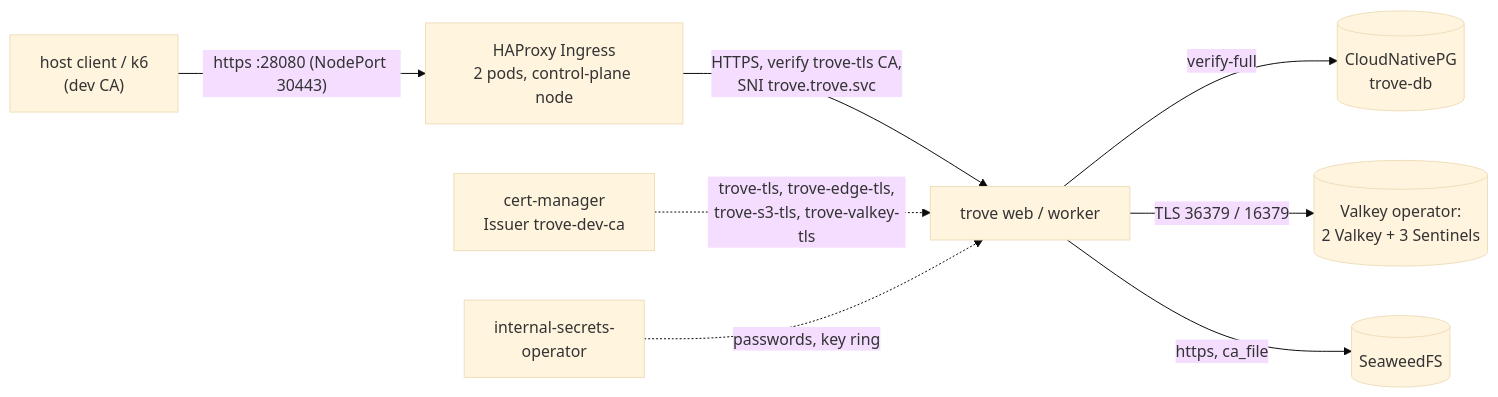
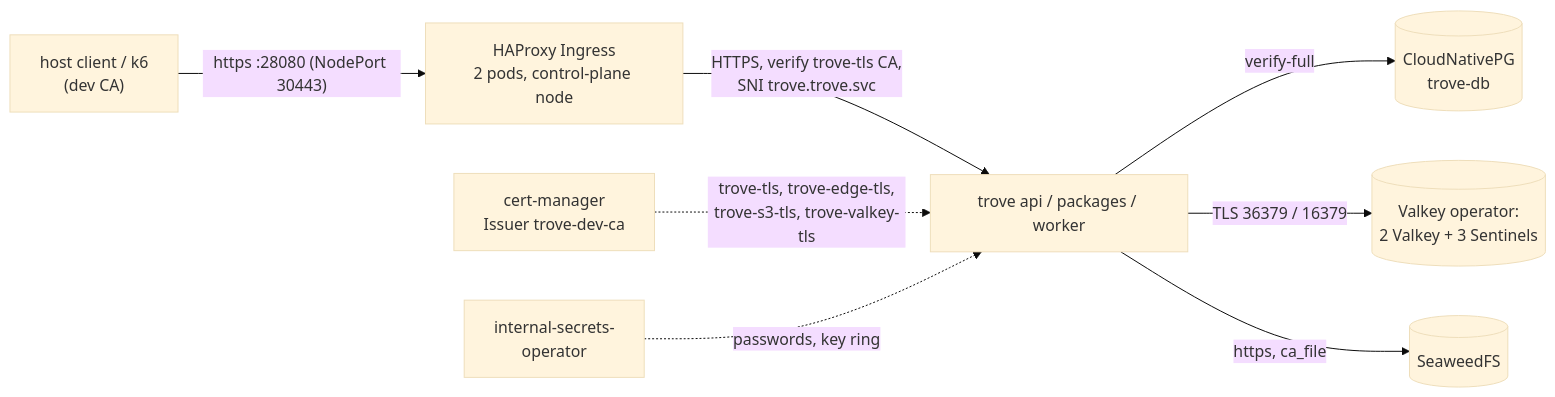
The diagram in docs/developer/local-profile.md (guided-traffic/trove), drawn with Mermaid (base theme) before and after one commit. The commit also changed other lines of this file and 63 other files, not shown here.

First line of the commit message:
test(e2e): the dev profile and the e2e suite run the roles api, packages and worker (R-HA-051, R-HA-059, WP6a.5)

````diff
--- a/docs/developer/local-profile.md
+++ b/docs/developer/local-profile.md
@@ -13,10 +13,10 @@
 ```mermaid
 flowchart LR
   host["host client / k6<br/>(dev CA)"] -- "https :28080 (NodePort 30443)" --> hap["HAProxy Ingress<br/>2 pods, control-plane node"]
-  hap -- "HTTPS, verify trove-tls CA,<br/>SNI trove.trove.svc" --> web["trove web / worker"]
+  hap -- "HTTPS, verify trove-tls CA,<br/>SNI trove.trove.svc" --> web["trove api / packages / worker"]
   web -- "verify-full" --> pg[("CloudNativePG<br/>trove-db")]
   web -- "TLS 36379 / 16379" --> vk[("Valkey operator:<br/>2 Valkey + 3 Sentinels")]
   web -- "https, ca_file" --> s3[("SeaweedFS")]
   cm["cert-manager<br/>Issuer trove-dev-ca"] -. "trove-tls, trove-edge-tls,<br/>trove-s3-tls, trove-valkey-tls" .-> web
   iso["internal-secrets-<br/>operator"] -. "passwords, key ring" .-> web
 ```
````
